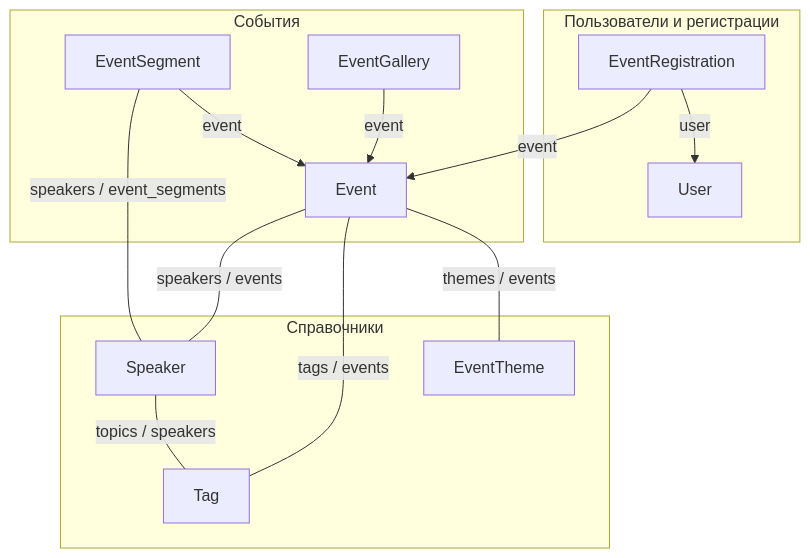
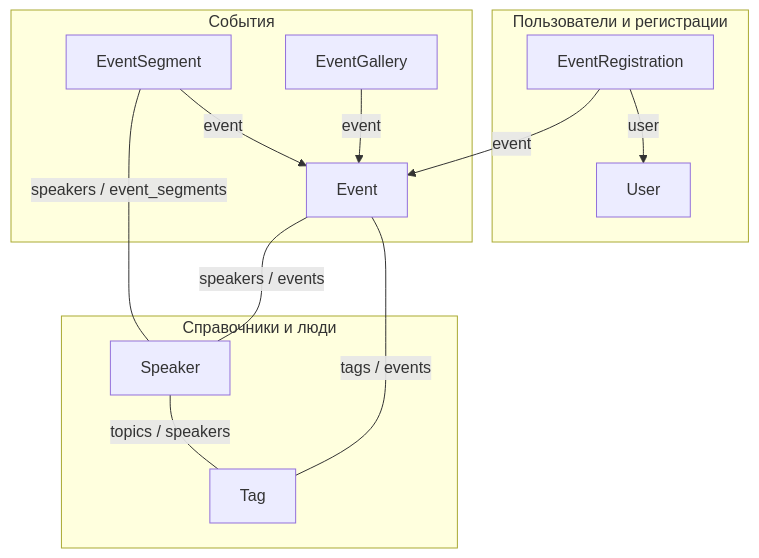
The first of 2 diagrams in docs/obsidian_pm_meetup/models-relations-diagram.md (alex1983-dotcom/pm_meetup), drawn with Mermaid before and after one commit. The commit also changed other lines of this file and 18 other files, not shown here.

First line of the commit message:
Удалены тематики событий (EventTheme)

````diff
--- a/docs/obsidian_pm_meetup/models-relations-diagram.md
+++ b/docs/obsidian_pm_meetup/models-relations-diagram.md
@@ -9,28 +9,26 @@
 ```mermaid
 flowchart TB
   subgraph users_reg [Пользователи и регистрации]
     User
     EventRegistration
   end
   subgraph events_core [События]
     Event
     EventSegment
     EventGallery
   end
-  subgraph ref [Справочники]
-    EventTheme
+  subgraph ref [Справочники и люди]
     Speaker
     Tag
   end
 
   EventRegistration -->|"user"| User
   EventRegistration -->|"event"| Event
   EventSegment -->|"event"| Event
   EventGallery -->|"event"| Event
 
-  Event ---|"themes / events"| EventTheme
   Event ---|"tags / events"| Tag
   Event ---|"speakers / events"| Speaker
   EventSegment ---|"speakers / event_segments"| Speaker
   Speaker ---|"topics / speakers"| Tag
 ```
````
